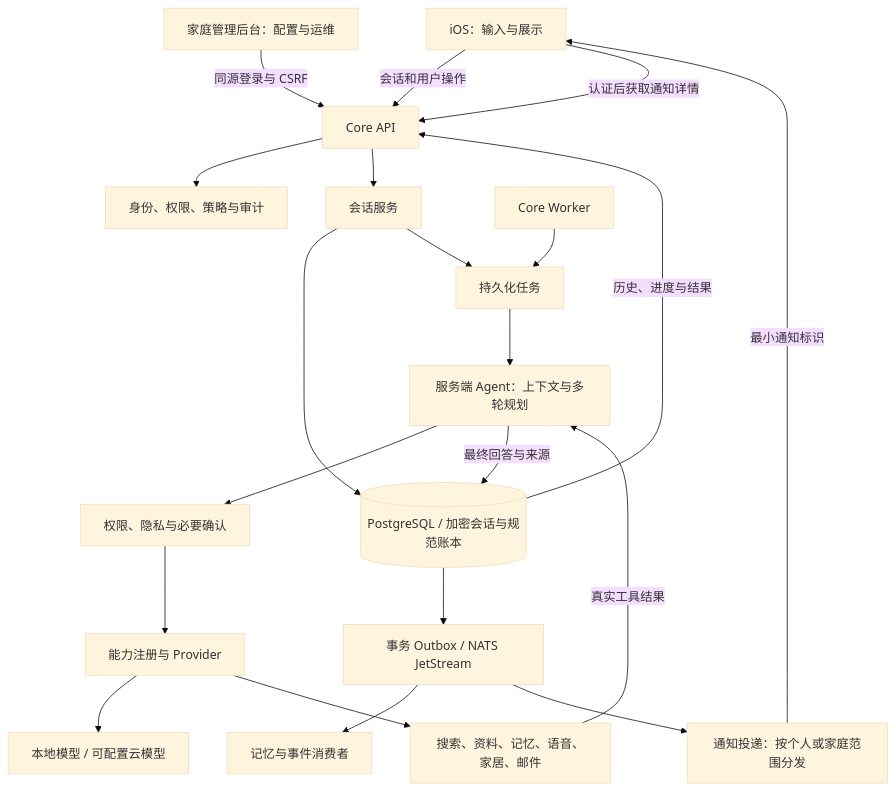
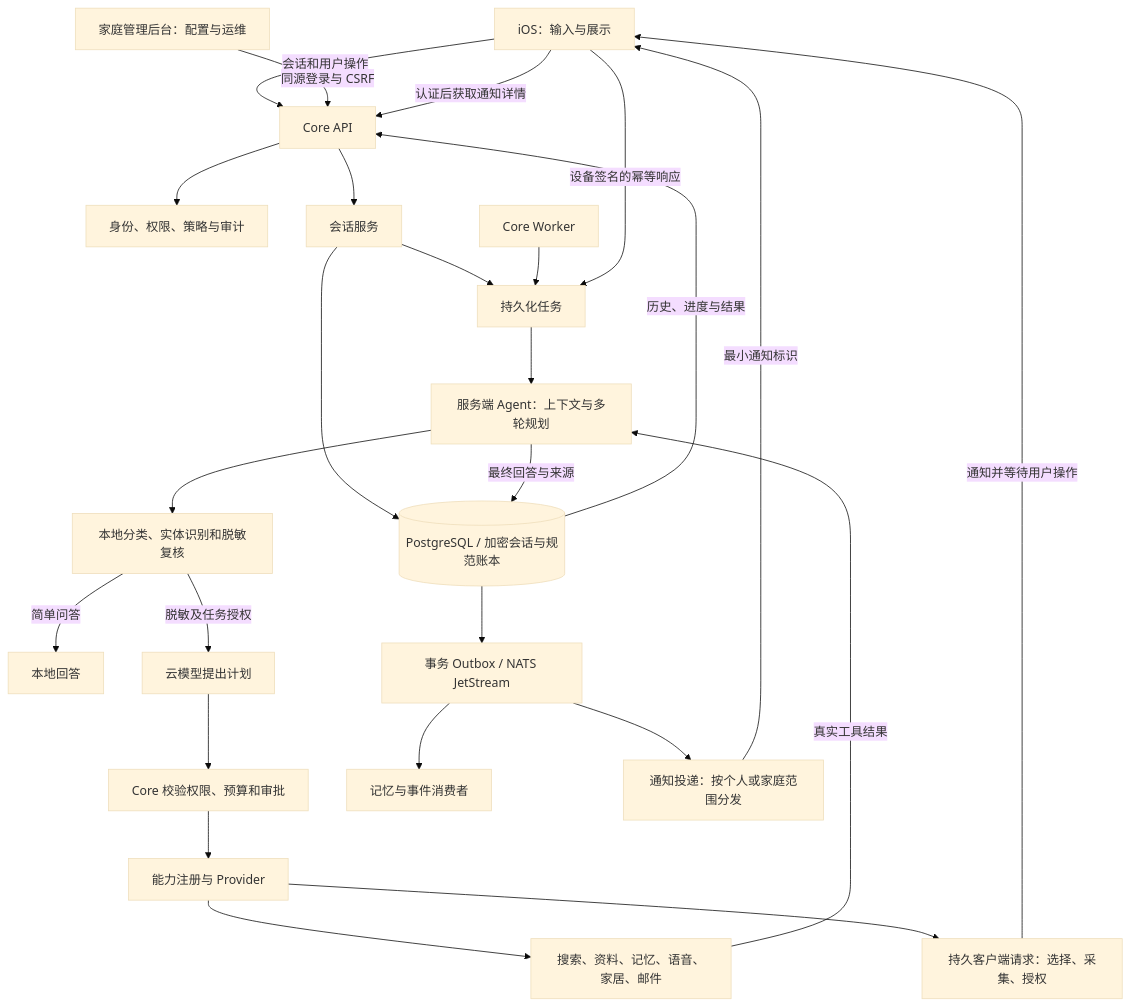
Before and after one commit to MR-MaoJiu/home-ai-os: the first of 2 diagrams in README.md, drawn with Mermaid (base theme). The commit also changed other lines of this file and 97 other files, not shown here.

````diff
--- a/README.md
+++ b/README.md
@@ -25,23 +26,28 @@
 ```mermaid
 flowchart TB
     IOS[iOS：输入与展示] -->|会话和用户操作| API[Core API]
     WEB[家庭管理后台：配置与运维] -->|同源登录与 CSRF| API
     API --> AUTH[身份、权限、策略与审计]
     API --> CHAT[会话服务]
     CHAT --> DB[(PostgreSQL / 加密会话与规范账本)]
     CHAT --> TASK[持久化任务]
     WORKER[Core Worker] --> TASK
     TASK --> AGENT[服务端 Agent：上下文与多轮规划]
-    AGENT --> POLICY[权限、隐私与必要确认]
+    AGENT --> LOCAL[本地分类、实体识别和脱敏复核]
+    LOCAL -->|简单问答| ANSWER[本地回答]
+    LOCAL -->|脱敏及任务授权| CLOUD[云模型提出计划]
+    CLOUD --> POLICY[Core 校验权限、预算和审批]
     POLICY --> CAP[能力注册与 Provider]
-    CAP --> MODEL[本地模型 / 可配置云模型]
     CAP --> TOOLS[搜索、资料、记忆、语音、家居、邮件]
+    CAP --> ACTION[持久客户端请求：选择、采集、授权]
+    ACTION -->|通知并等待用户操作| IOS
+    IOS -->|设备签名的幂等响应| TASK
     TOOLS -->|真实工具结果| AGENT
     AGENT -->|最终回答与来源| DB
     DB -->|历史、进度与结果| API
     DB --> OUTBOX[事务 Outbox / NATS JetStream]
     OUTBOX --> MEMORY[记忆与事件消费者]
     OUTBOX --> NOTIFY[通知投递：按个人或家庭范围分发]
     NOTIFY -->|最小通知标识| IOS
     IOS -->|认证后获取通知详情| API
 ```
````
